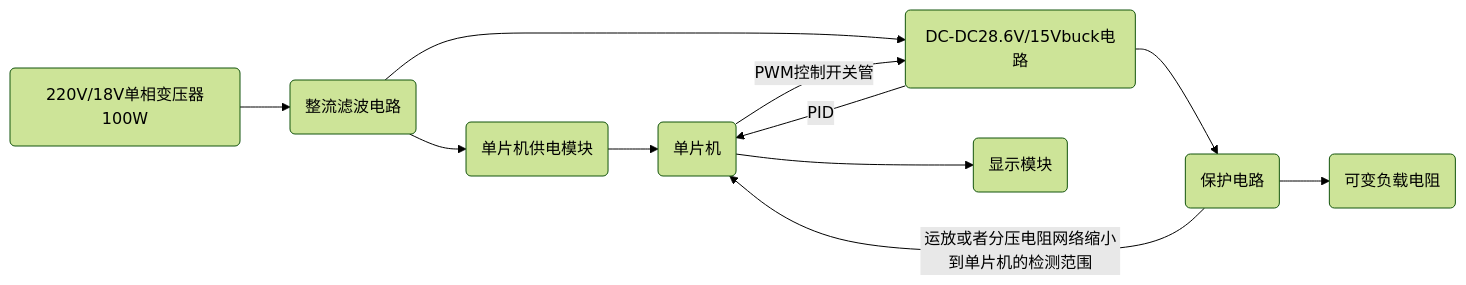
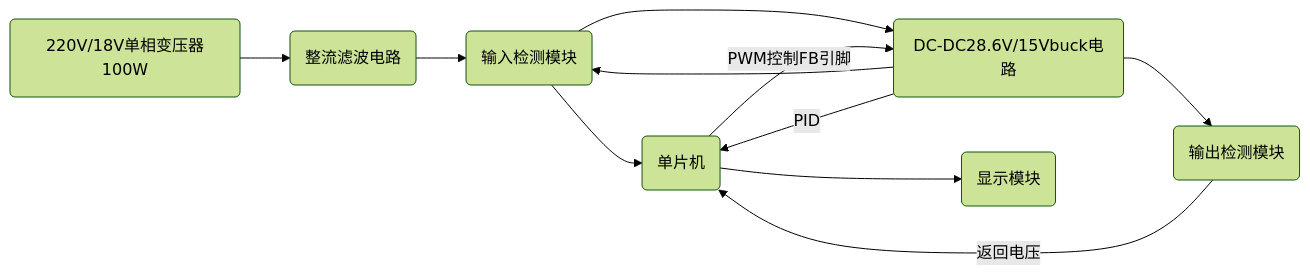
Before and after one commit to silence-breaker/Electronic-Design-Program: the diagram in Schedule.md, drawn with Mermaid (forest theme). The commit also changed other lines of this file, not shown here.

````diff
--- a/Schedule.md
+++ b/Schedule.md
@@ -45,17 +45,16 @@
 ```mermaid
 flowchart LR
 id1(220V/18V单相变压器100W)
 id2(整流滤波电路)
 id3(DC-DC28.6V/15Vbuck电路)
 id4(单片机)
-id5(可变负载电阻)
+id5(输出检测模块)
 id6(显示模块)
-id7(保护电路)
 id8(单片机供电模块)
-id2-->id8-->id4
-id1-->id2-->id3
-id4--PWM控制开关管-->id3-->id7-->id5
-id7--运放或者分压电阻网络缩小到单片机的检测范围-->id4
+id8(输入检测模块)
+id3-->id8-->id4
+id1-->id2-->id8-->id3
+id4--PWM控制FB引脚-->id3-->id5--返回电压-->id4
 id4-->id6
 id3--PID-->id4
 ```
````
